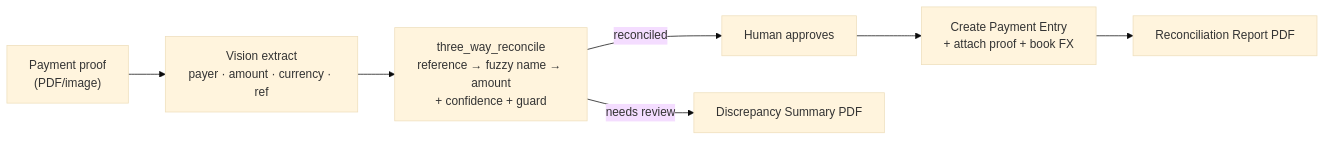
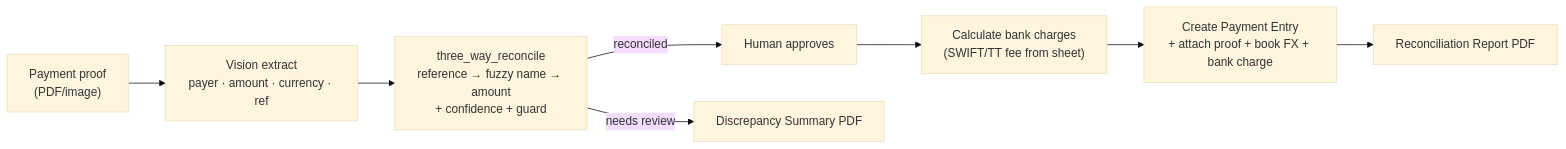
Before and after one commit to cqybalalala/AI-Agent-Demo: the second of 2 diagrams in README.md, drawn with Mermaid (base theme). The commit also changed other lines of this file, not shown here.

Commit message:
Reflect bank charge in architecture and reconciliation diagrams

````diff
--- a/README.md
+++ b/README.md
@@ -49,7 +49,8 @@
 ```mermaid
 flowchart LR
     A["Payment proof<br/>(PDF/image)"] --> B["Vision extract<br/>payer · amount · currency · ref"]
     B --> C["three_way_reconcile<br/>reference → fuzzy name → amount<br/>+ confidence + guard"]
-    C -->|"reconciled"| D["Human approves"] --> E["Create Payment Entry<br/>+ attach proof + book FX"] --> F["Reconciliation Report PDF"]
+    C -->|"reconciled"| D["Human approves"] --> CC["Calculate bank charges<br/>(SWIFT/TT fee from sheet)"]
+    CC --> E["Create Payment Entry<br/>+ attach proof + book FX + bank charge"] --> F["Reconciliation Report PDF"]
     C -->|"needs review"| G["Discrepancy Summary PDF"]
 ```
````
